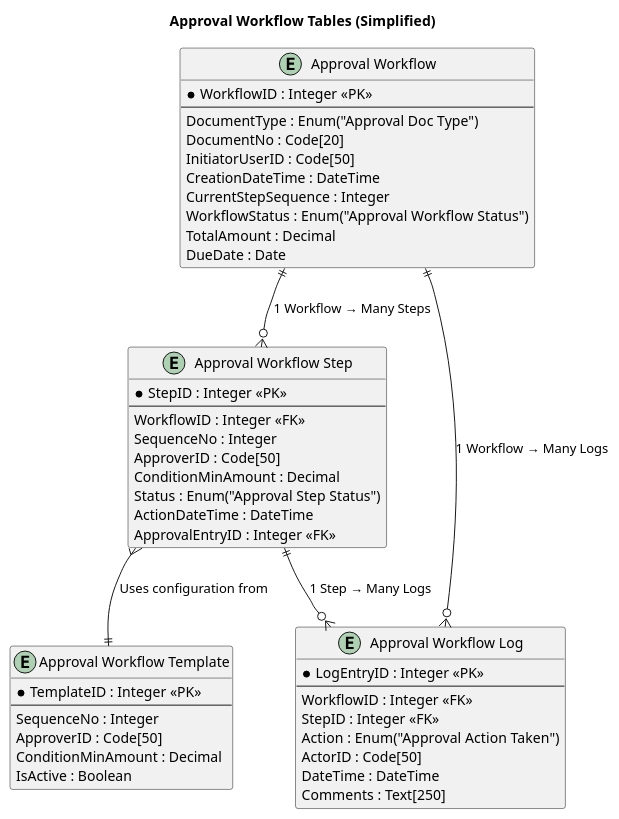
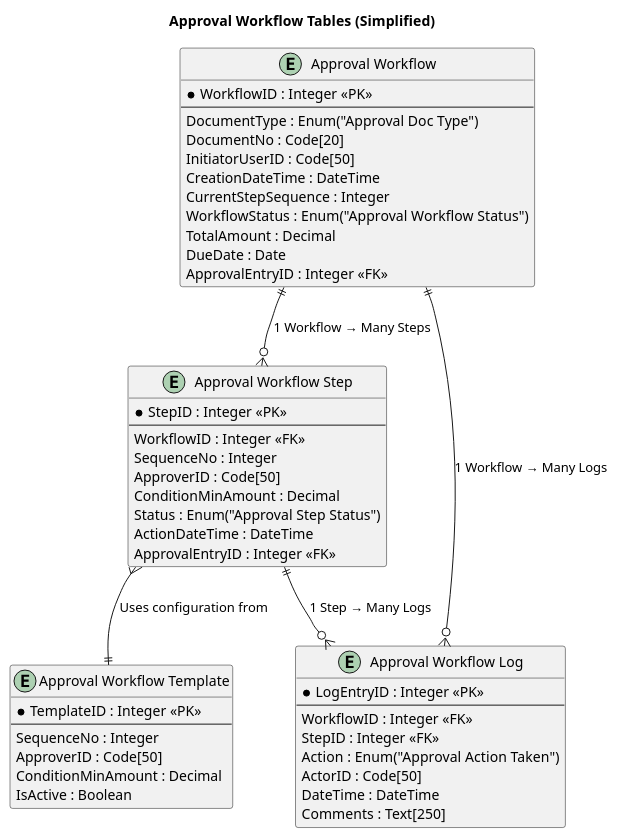
The diagram in Documentation/UML/Tables.wsd (Salem-Sayarh/Approval_Extension), drawn with PlantUML before and after one commit. The commit also changed 16 other files, not shown here.

```diff
--- a/Documentation/UML/Tables.wsd
+++ b/Documentation/UML/Tables.wsd
@@ -1,55 +1,56 @@
 @startuml ApprovalWorkflowTables
 
 title Approval Workflow Tables (Simplified)
 
 entity "Approval Workflow" as Workflow {
   * WorkflowID : Integer <<PK>>
   --
   DocumentType : Enum("Approval Doc Type")
   DocumentNo : Code[20]
   InitiatorUserID : Code[50]
   CreationDateTime : DateTime
   CurrentStepSequence : Integer
   WorkflowStatus : Enum("Approval Workflow Status")
   TotalAmount : Decimal
   DueDate : Date
+    ApprovalEntryID : Integer <<FK>>
 }
 
 entity "Approval Workflow Step" as Step {
   * StepID : Integer <<PK>>
   --
   WorkflowID : Integer <<FK>>
   SequenceNo : Integer
   ApproverID : Code[50]
   ConditionMinAmount : Decimal
   Status : Enum("Approval Step Status")
   ActionDateTime : DateTime
   ApprovalEntryID : Integer <<FK>>
 }
 
 entity "Approval Workflow Log" as Log {
   * LogEntryID : Integer <<PK>>
   --
   WorkflowID : Integer <<FK>>
   StepID : Integer <<FK>>
   Action : Enum("Approval Action Taken")
   ActorID : Code[50]
   DateTime : DateTime
   Comments : Text[250]
 }
 
 entity "Approval Workflow Template" as Template {
   * TemplateID : Integer <<PK>>
   --
   SequenceNo : Integer
   ApproverID : Code[50]
   ConditionMinAmount : Decimal
   IsActive : Boolean
 }
 
 Workflow ||--o{ Step     : "1 Workflow → Many Steps"
 Workflow ||--o{ Log      : "1 Workflow → Many Logs"
 Step     ||--o{ Log      : "1 Step → Many Logs"
 Step     }--|| Template  : "Uses configuration from"
 
 @enduml
```
